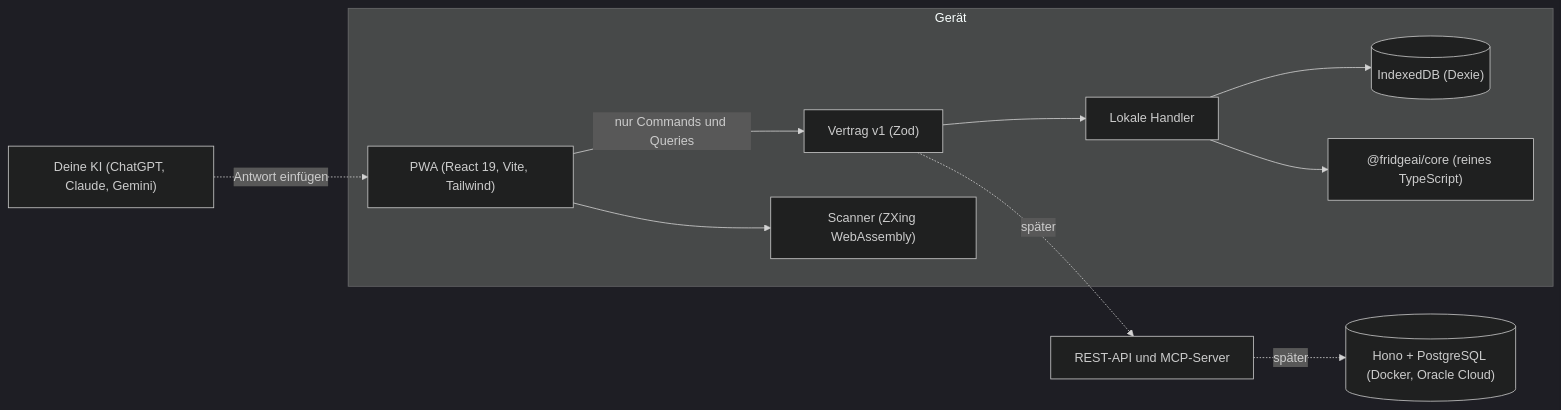
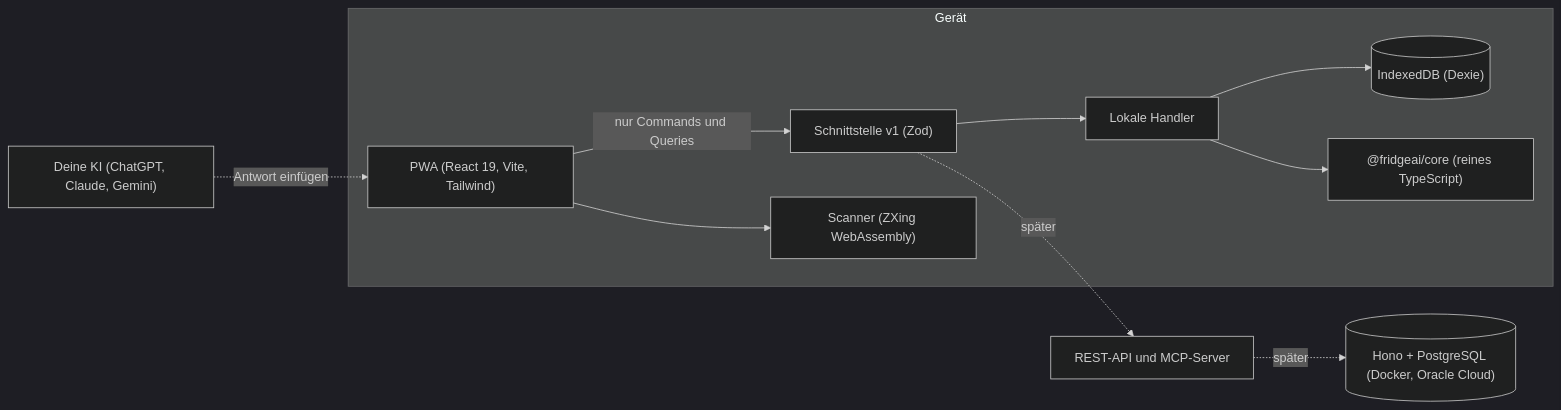
Before and after one commit to BanioX/FridgeAI: the diagram in README.md, drawn with Mermaid (dark theme). The commit also changed other lines of this file and 18 other files, not shown here.

First line of the commit message:
docs: four tabs (ADR-0031), «Schnittstelle» instead of «Vertrag», app store estimate

````diff
--- a/README.md
+++ b/README.md
@@ -82,13 +84,13 @@
 ```mermaid
 flowchart LR
   subgraph Gerät
-    UI["PWA (React 19, Vite, Tailwind)"] -->|nur Commands und Queries| Contract["Vertrag v1 (Zod)"]
+    UI["PWA (React 19, Vite, Tailwind)"] -->|nur Commands und Queries| Contract["Schnittstelle v1 (Zod)"]
     Contract --> Handlers["Lokale Handler"]
     Handlers --> DB[("IndexedDB (Dexie)")]
     Handlers --> Core["@fridgeai/core (reines TypeScript)"]
     UI --> Scanner["Scanner (ZXing WebAssembly)"]
   end
   KI["Deine KI (ChatGPT, Claude, Gemini)"] -. "Antwort einfügen" .-> UI
   Contract -. später .-> API["REST-API und MCP-Server"]
   API -. später .-> Server[("Hono + PostgreSQL (Docker, Oracle Cloud)")]
 ```
````
